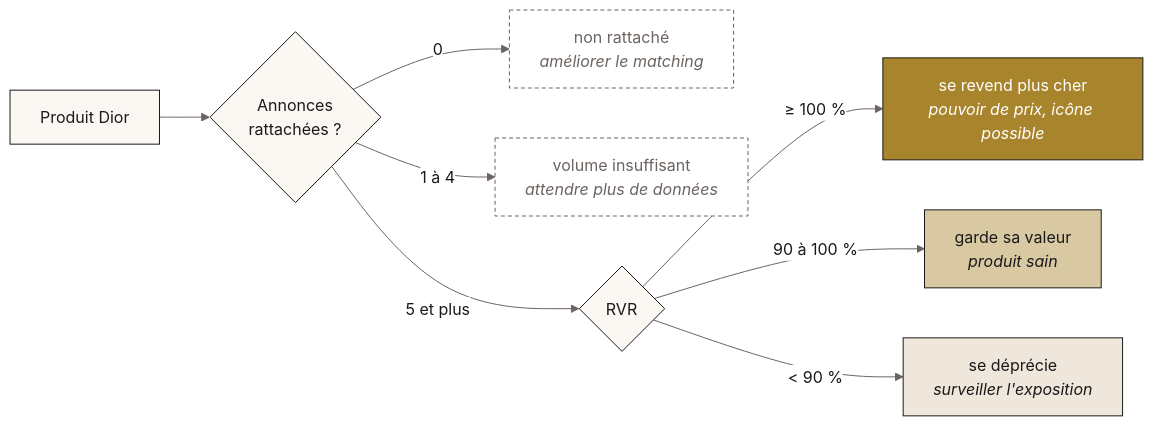
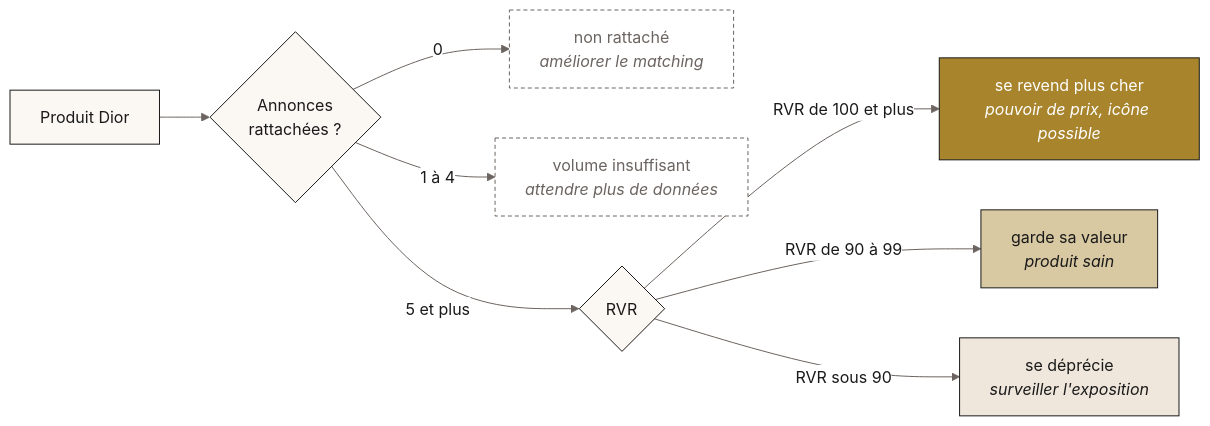
The second of 3 diagrams in README.md (MosesKing/dior-rvr-dbt), drawn with Mermaid before and after one commit. The commit also changed other lines of this file and 1 other file, not shown here.

Commit message:
README: simpler architecture diagram, fix decision labels

````diff
--- a/README.md
+++ b/README.md
@@ -134,20 +116,20 @@
 ```mermaid
 %%{init: {'theme':'base','themeVariables':{'primaryColor':'#FBF8F3','primaryBorderColor':'#1A1A1A','primaryTextColor':'#1A1A1A','lineColor':'#6B6460','clusterBkg':'#F4EFE7','clusterBorder':'#D9D2C7','edgeLabelBackground':'#FFFFFF','fontFamily':'Helvetica, Arial, sans-serif'}}}%%
 flowchart LR
     A[Produit Dior] --> B{Annonces<br/>rattachées ?}
     B -- 0 --> C[non rattaché<br/><i>améliorer le matching</i>]
     B -- 1 à 4 --> D[volume insuffisant<br/><i>attendre plus de données</i>]
     B -- 5 et plus --> E{RVR}
-    E -- "≥ 100 %" --> F[se revend plus cher<br/><i>pouvoir de prix, icône possible</i>]
-    E -- "90 à 100 %" --> G[garde sa valeur<br/><i>produit sain</i>]
-    E -- "< 90 %" --> H[se déprécie<br/><i>surveiller l'exposition</i>]
+    E -- "RVR de 100 et plus" --> F[se revend plus cher<br/><i>pouvoir de prix, icône possible</i>]
+    E -- "RVR de 90 à 99" --> G[garde sa valeur<br/><i>produit sain</i>]
+    E -- "RVR sous 90" --> H[se déprécie<br/><i>surveiller l'exposition</i>]
 
     classDef up fill:#A8842C,stroke:#1A1A1A,color:#FFFFFF
     classDef keep fill:#D9C9A3,stroke:#1A1A1A,color:#1A1A1A
     classDef down fill:#EFE7DC,stroke:#1A1A1A,color:#1A1A1A
     classDef wait fill:#FFFFFF,stroke:#6B6460,color:#6B6460,stroke-dasharray: 4 3
     class F up
     class G keep
     class H down
     class C,D wait
 ```
````
